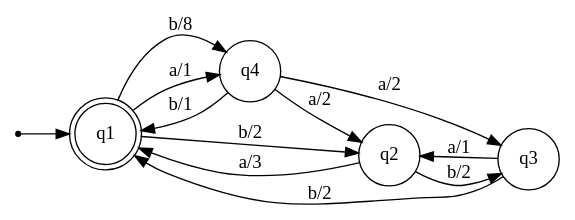
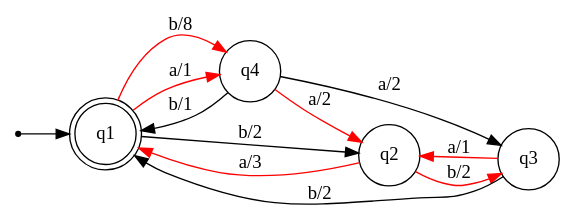
One commit to zenAndroid/oracle-extract changed the diagram in input.dot. Above: the diagram before and after it, drawn with Graphviz. The commit also changed 9 other files, not shown here.

```diff
--- a/input.dot
+++ b/input.dot
@@ -1,17 +1,17 @@
 digraph Automaton {
     node [shape=point] INIT;
     q1 [shape="doublecircle"];
     node [shape=circle];
     rankdir = LR;
     INIT -> q1;
     q1 -> q2 [label="b/2"];
-    q1 -> q4 [label="b/8"];
-    q1 -> q4 [label="a/1"];
-    q2 -> q1 [label="a/3"];
-    q2 -> q3 [label="b/2"];
-    q3 -> q2 [label="a/1"];
+    q1 -> q4 [label="b/8", color=red];
+    q1 -> q4 [label="a/1", color=red];
+    q2 -> q1 [label="a/3", color=red];
+    q2 -> q3 [label="b/2", color=red];
+    q3 -> q2 [label="a/1", color=red];
     q3 -> q1 [label="b/2"];
     q4 -> q1 [label="b/1"];
     q4 -> q3 [label="a/2"];
-    q4 -> q2 [label="a/2"];
+    q4 -> q2 [label="a/2", color=red];
 }
```
